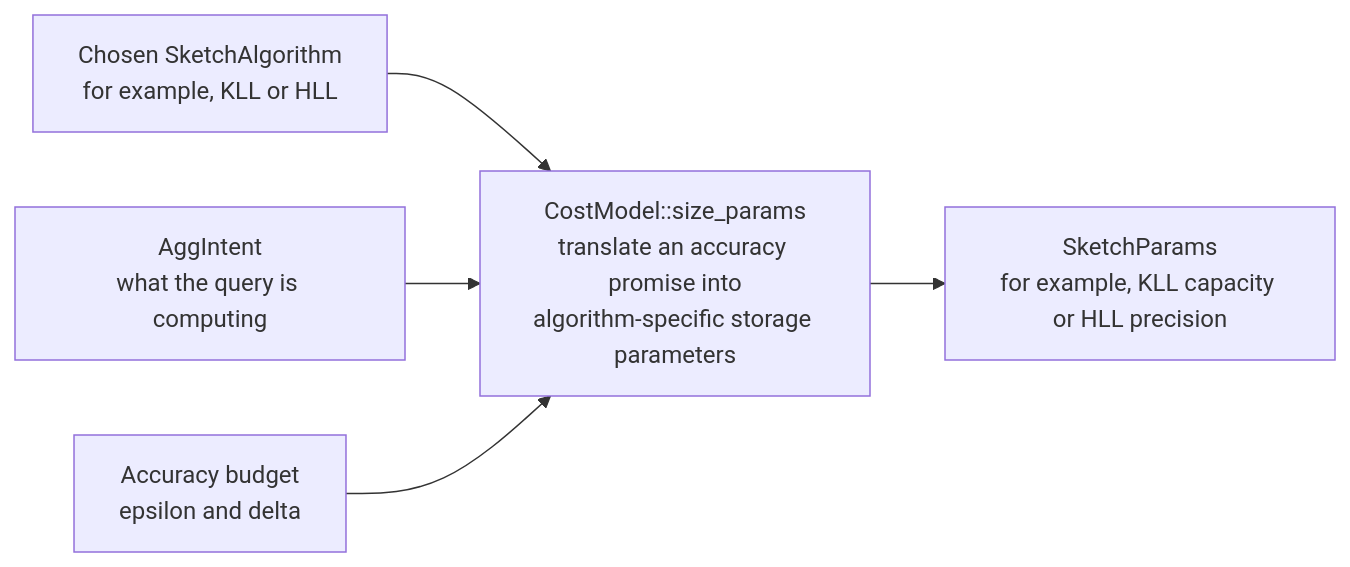
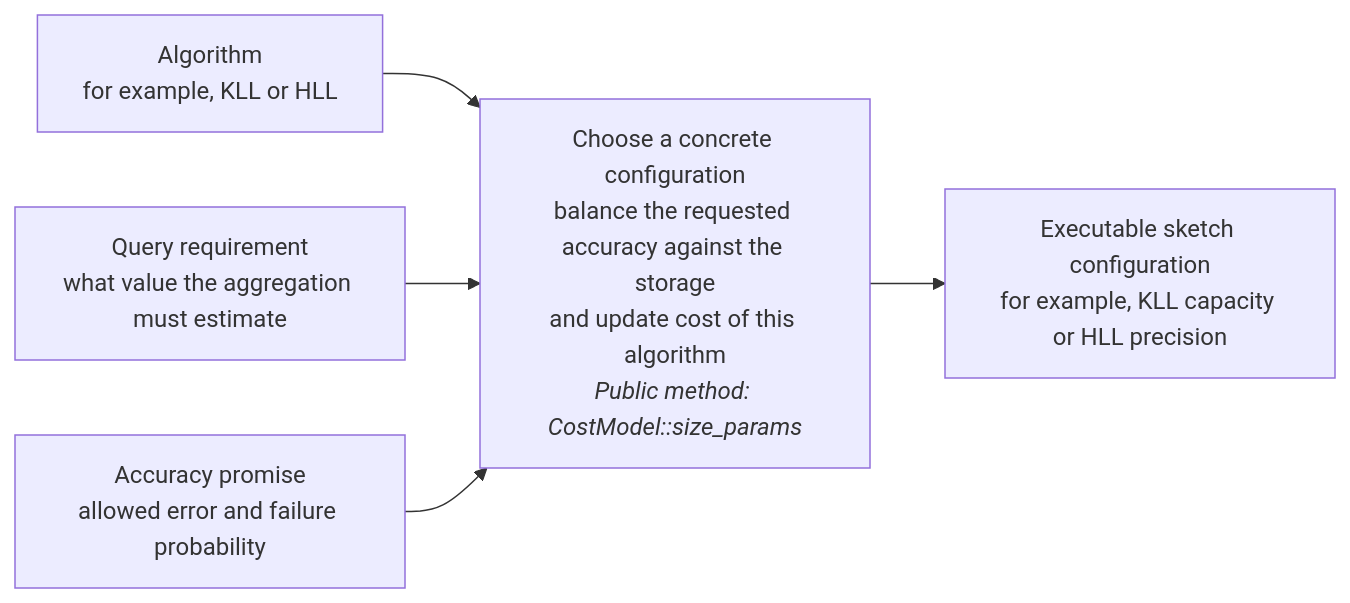
One commit to ProjectASAP/ASAPPlanner changed the fifth of 6 diagrams in docs/developer_docs/ASAP-aware-mapping-developer-guide.md. Above: the diagram before and after it, drawn with Mermaid. The commit also changed other lines of this file, not shown here.

Commit message:
docs(asap-aware-mapping): make flowcharts public and conceptual

````diff
--- a/docs/developer_docs/ASAP-aware-mapping-developer-guide.md
+++ b/docs/developer_docs/ASAP-aware-mapping-developer-guide.md
@@ -1059,7 +1053,7 @@
 ```mermaid
 flowchart LR
-  ALG["Chosen SketchAlgorithm<br/>for example, KLL or HLL"] --> SIZE["CostModel::size_params<br/>translate an accuracy promise into<br/>algorithm-specific storage parameters"]
-  INTENT["AggIntent<br/>what the query is computing"] --> SIZE
-  ACC["Accuracy budget<br/>epsilon and delta"] --> SIZE
-  SIZE --> PARAMS["SketchParams<br/>for example, KLL capacity or HLL precision"]
+  ALG["Algorithm<br/>for example, KLL or HLL"] --> SIZE["Choose a concrete configuration<br/>balance the requested accuracy against the storage<br/>and update cost of this algorithm<br/><i>Public method: CostModel::size_params</i>"]
+  INTENT["Query requirement<br/>what value the aggregation must estimate"] --> SIZE
+  ACC["Accuracy promise<br/>allowed error and failure probability"] --> SIZE
+  SIZE --> PARAMS["Executable sketch configuration<br/>for example, KLL capacity or HLL precision"]
 ```
````
